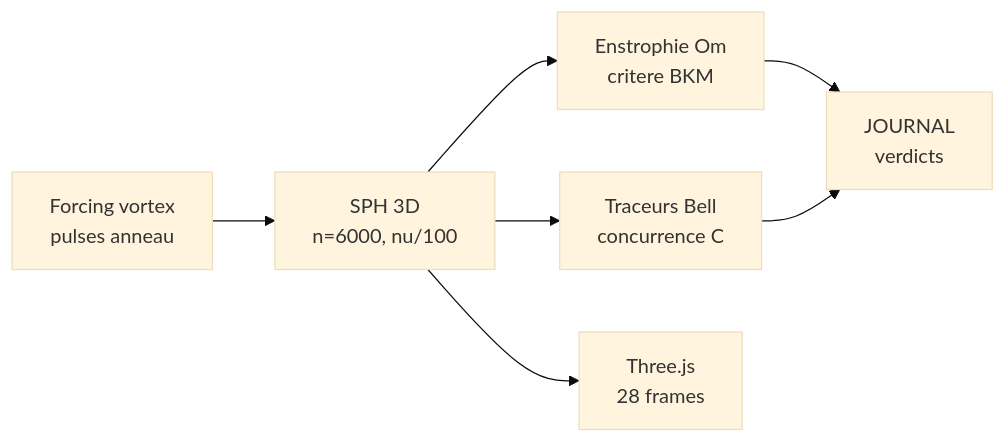
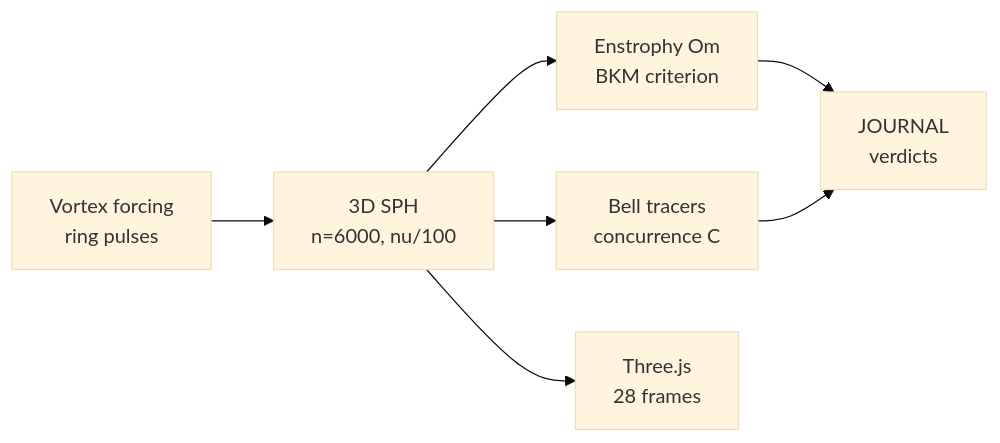
One commit to jonathansearch/RATISS-NAVIER changed the diagram in README.md. Above: the diagram before and after it, drawn with Mermaid (base theme). The commit also changed other lines of this file, not shown here.

````diff
--- a/README.md
+++ b/README.md
@@ -142,9 +143,9 @@
 ```mermaid
 flowchart LR
-    F[Forcing vortex<br/>pulses anneau] --> SPH[SPH 3D<br/>n=6000, nu/100]
-    SPH --> OM[Enstrophie Om<br/>critere BKM]
-    SPH --> QT[Traceurs Bell<br/>concurrence C]
+    F[Vortex forcing<br/>ring pulses] --> SPH[3D SPH<br/>n=6000, nu/100]
+    SPH --> OM[Enstrophy Om<br/>BKM criterion]
+    SPH --> QT[Bell tracers<br/>concurrence C]
     OM --> J[JOURNAL<br/>verdicts]
     QT --> J
     SPH --> T[Three.js<br/>28 frames]
 ```
````
